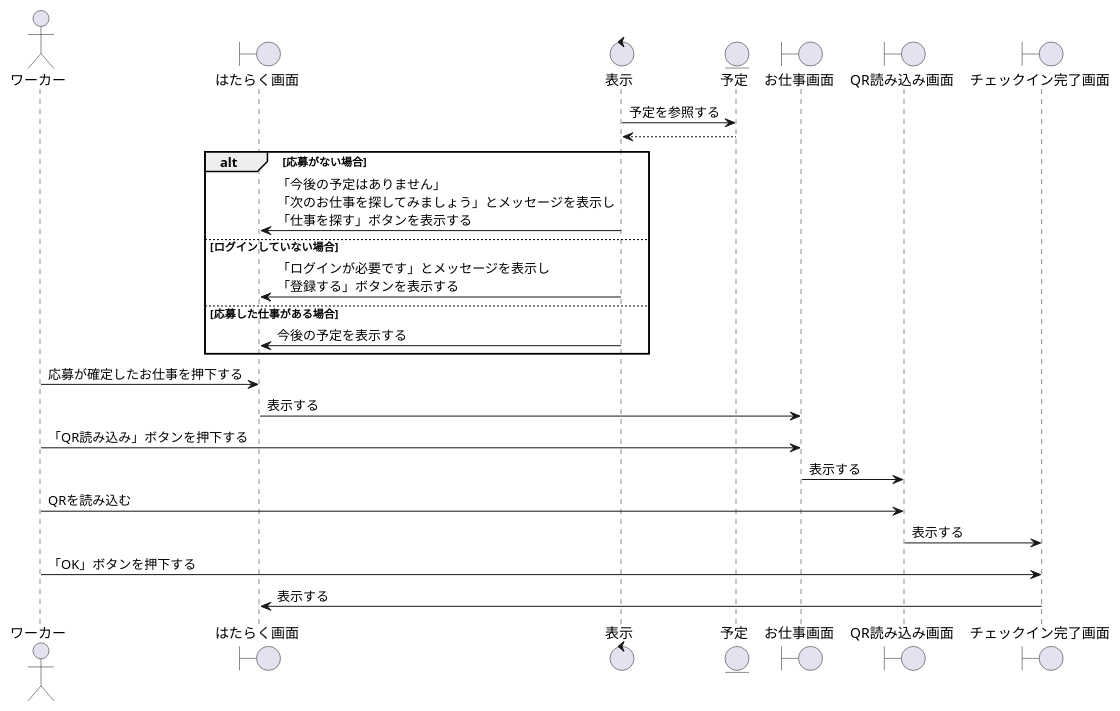
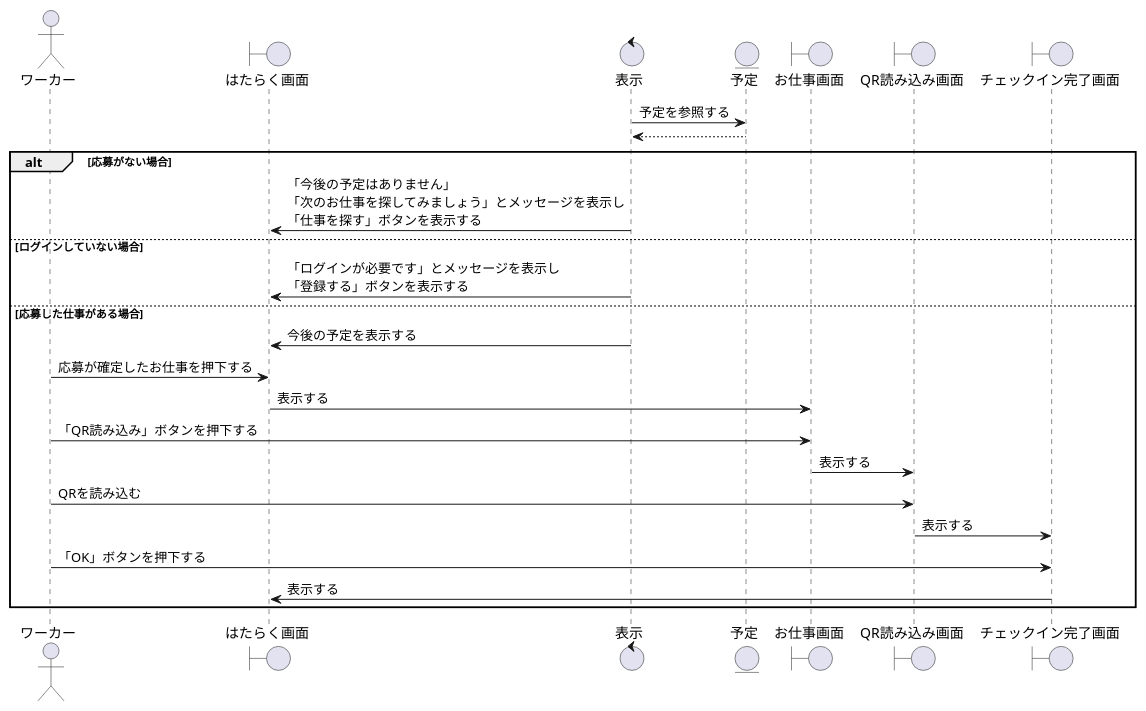
Before and after one commit to irukacb256/high_Me: the diagram in sequence_fig/4_business_fn/1_QRの読み取りをする.pu, drawn with PlantUML. The commit also changed 9 other files, not shown here.

```diff
--- a/sequence_fig/4_business_fn/1_QRの読み取りをする.pu
+++ b/sequence_fig/4_business_fn/1_QRの読み取りをする.pu
@@ -1,40 +1,41 @@
 @startuml QRの読み取りをする
 
 ' 1
 actor ワーカー as wo1
 boundary はたらく画面 as wk1
 control 表示 as co1
 entity 予定 as en1
 boundary お仕事画面 as wk2
 boundary QR読み込み画面 as ch1
 boundary チェックイン完了画面 as cc1
 
 
 co1 -> en1 : 予定を参照する
 en1 --> co1 
 
 alt 応募がない場合
     co1 -> wk1 : 「今後の予定はありません」\n「次のお仕事を探してみましょう」とメッセージを表示し\n「仕事を探す」ボタンを表示する
 else ログインしていない場合
     co1 -> wk1 : 「ログインが必要です」とメッセージを表示し\n「登録する」ボタンを表示する
 
 else 応募した仕事がある場合
     co1 -> wk1 : 今後の予定を表示する
+
+    wo1 -> wk1 : 応募が確定したお仕事を押下する
+
+    wk1 -> wk2 : 表示する
+
+    wo1 -> wk2 : 「QR読み込み」ボタンを押下する
+
+    wk2 -> ch1 : 表示する
+
+    wo1 -> ch1 : QRを読み込む
+
+    ch1 -> cc1 : 表示する
+
+    wo1 -> cc1 : 「OK」ボタンを押下する
+
+    cc1 -> wk1 : 表示する
 end
 
-wo1 -> wk1 : 応募が確定したお仕事を押下する
-
-wk1 -> wk2 : 表示する
-
-wo1 -> wk2 : 「QR読み込み」ボタンを押下する
-
-wk2 -> ch1 : 表示する
-
-wo1 -> ch1 : QRを読み込む
-
-ch1 -> cc1 : 表示する
-
-wo1 -> cc1 : 「OK」ボタンを押下する
-
-cc1 -> wk1 : 表示する
 @enduml
```
